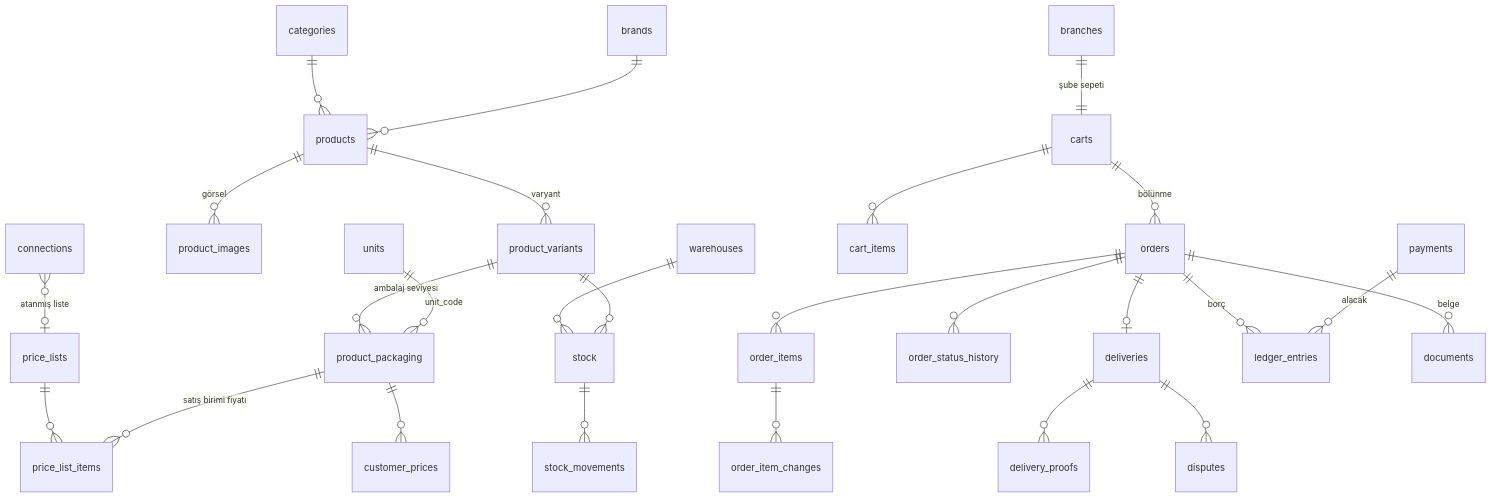
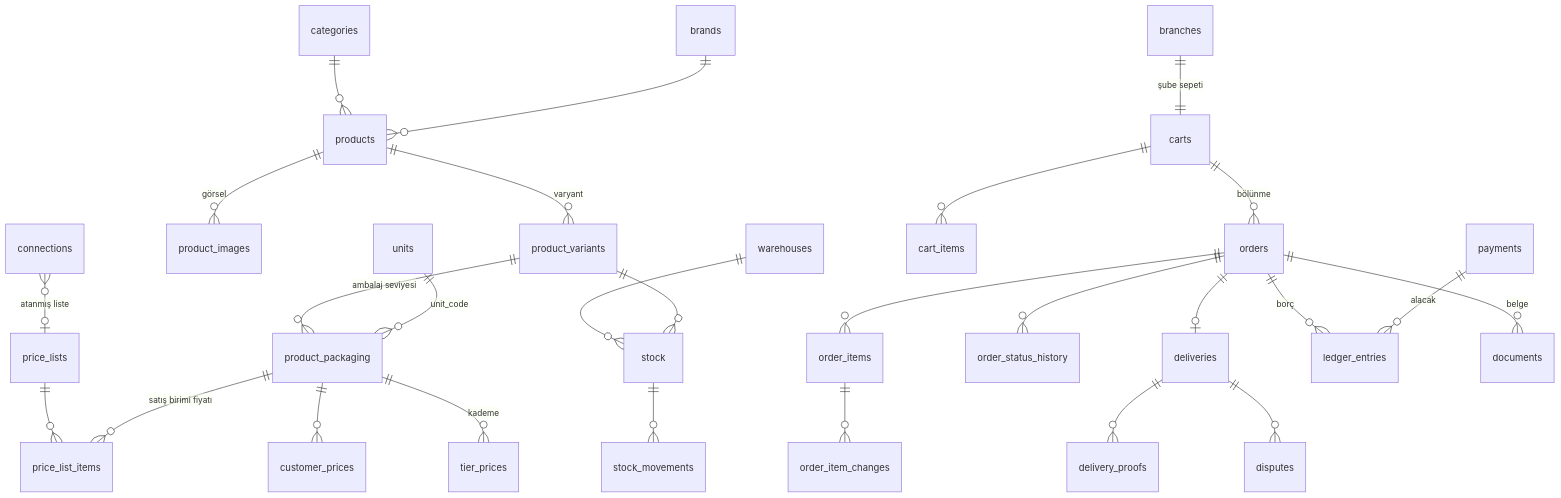
Before and after one commit to MIRALIKAZIMLI/b2b-platform: the second of 2 diagrams in docs/03-architecture/data-model.md, drawn with Mermaid. The commit also changed other lines of this file and 35 other files, not shown here.

````diff
--- a/docs/03-architecture/data-model.md
+++ b/docs/03-architecture/data-model.md
@@ -76,28 +76,29 @@
 ```mermaid
 erDiagram
     products ||--o{ product_variants : "varyant"
     product_variants ||--o{ product_packaging : "ambalaj seviyesi"
     products ||--o{ product_images : "görsel"
     categories ||--o{ products : ""
     brands ||--o{ products : ""
     units ||--o{ product_packaging : "unit_code"
     price_lists ||--o{ price_list_items : ""
     product_packaging ||--o{ price_list_items : "satış birimi fiyatı"
     product_packaging ||--o{ customer_prices : ""
+    product_packaging ||--o{ tier_prices : "kademe"
     connections }o--o| price_lists : "atanmış liste"
     warehouses ||--o{ stock : ""
     product_variants ||--o{ stock : ""
     stock ||--o{ stock_movements : ""
     branches ||--|| carts : "şube sepeti"
     carts ||--o{ cart_items : ""
     carts ||--o{ orders : "bölünme"
     orders ||--o{ order_items : ""
     order_items ||--o{ order_item_changes : ""
     orders ||--o{ order_status_history : ""
     orders ||--o| deliveries : ""
     deliveries ||--o{ delivery_proofs : ""
     deliveries ||--o{ disputes : ""
     orders ||--o{ ledger_entries : "borç"
     payments ||--o{ ledger_entries : "alacak"
     orders ||--o{ documents : "belge"
 ```
````
